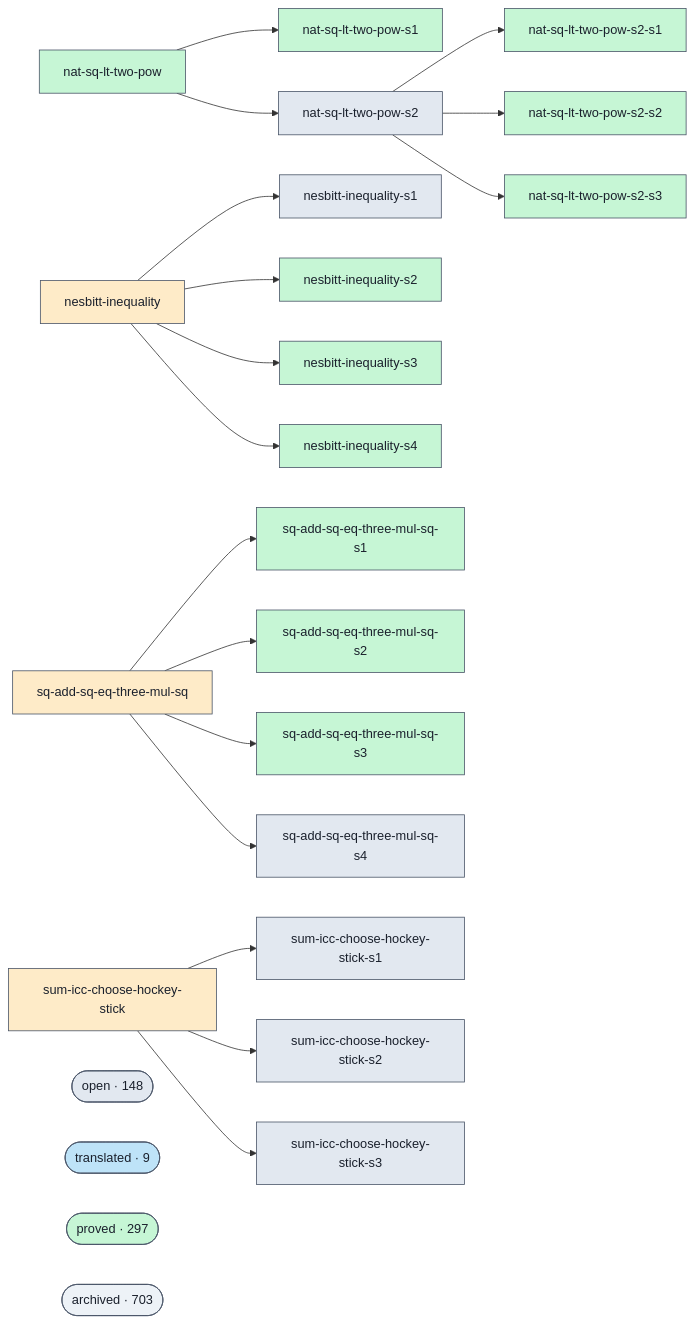
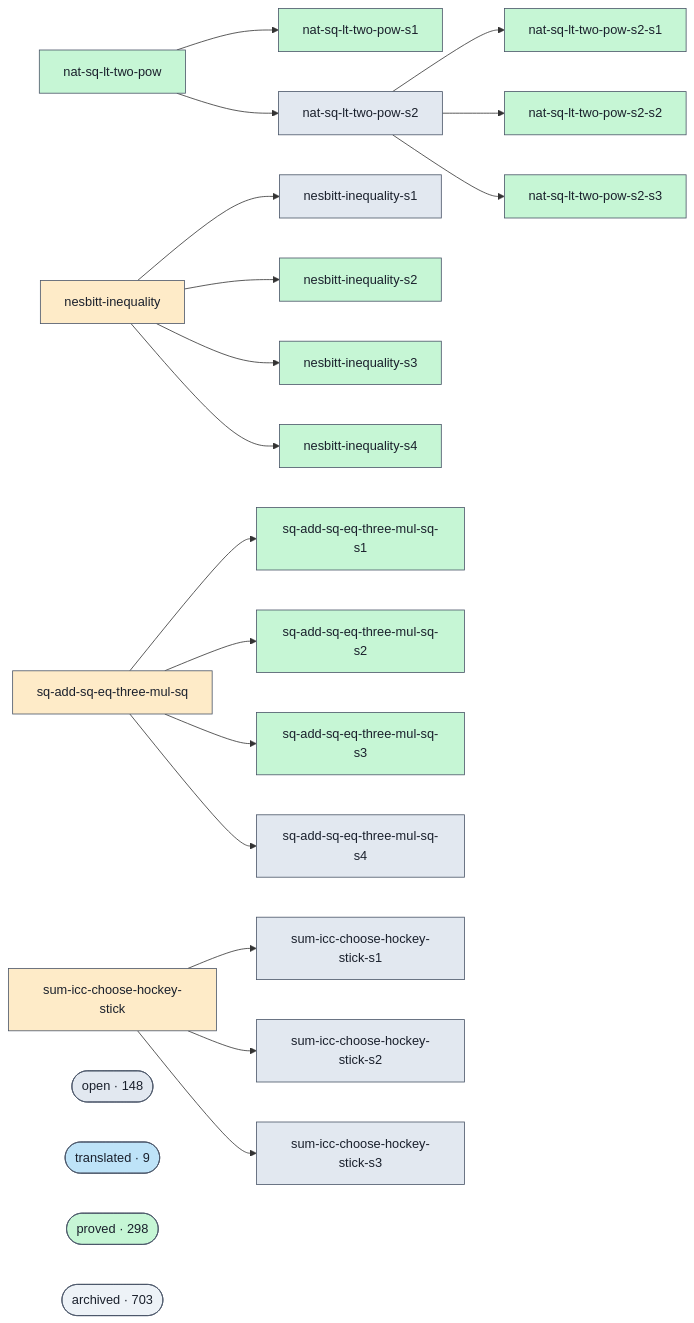
The diagram in docs/proofs-contributors-visualisation.md (Rauxon/unsorry), drawn with Mermaid before and after one commit. The commit also changed other lines of this file and 2 other files, not shown here.

```diff
--- a/docs/proofs-contributors-visualisation.md
+++ b/docs/proofs-contributors-visualisation.md
@@ -102,7 +102,7 @@
   class cluster_open open;
   cluster_translated(["translated · 9"])
   class cluster_translated translated;
-  cluster_proved(["proved · 297"])
+  cluster_proved(["proved · 298"])
   class cluster_proved proved;
   cluster_archived(["archived · 703"])
   class cluster_archived unknown;
```
